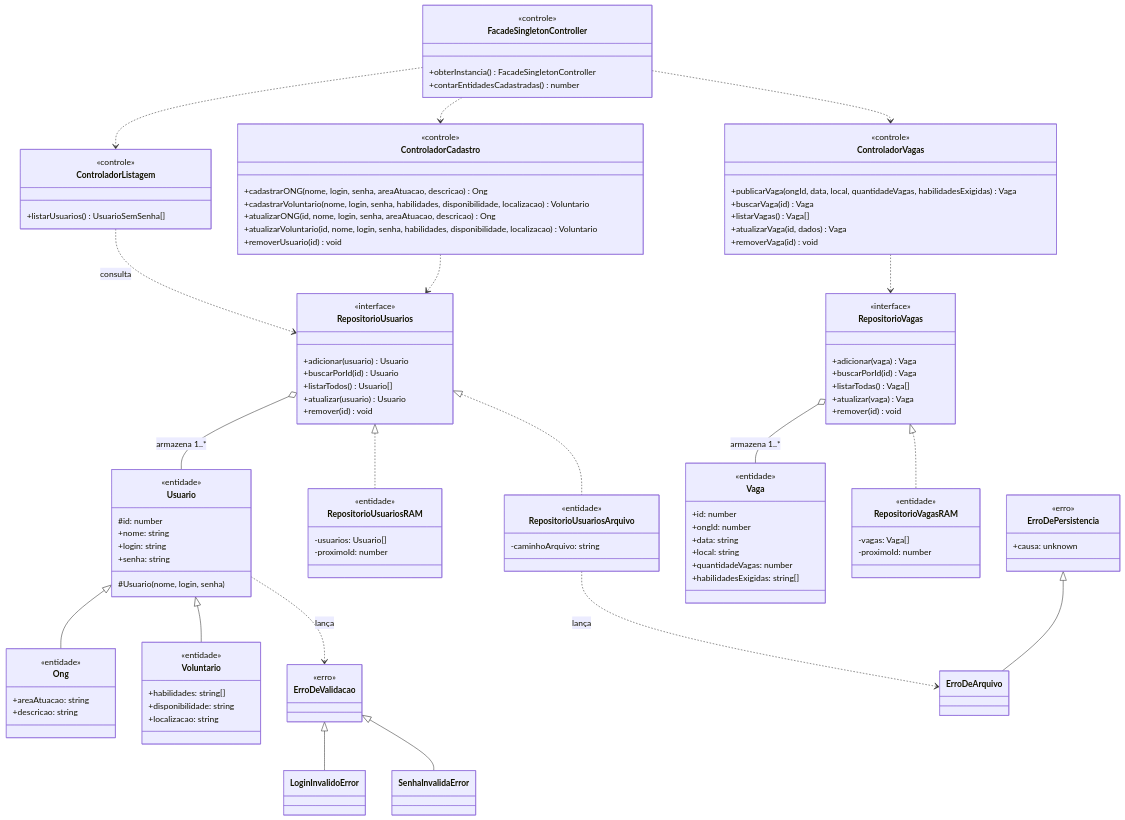
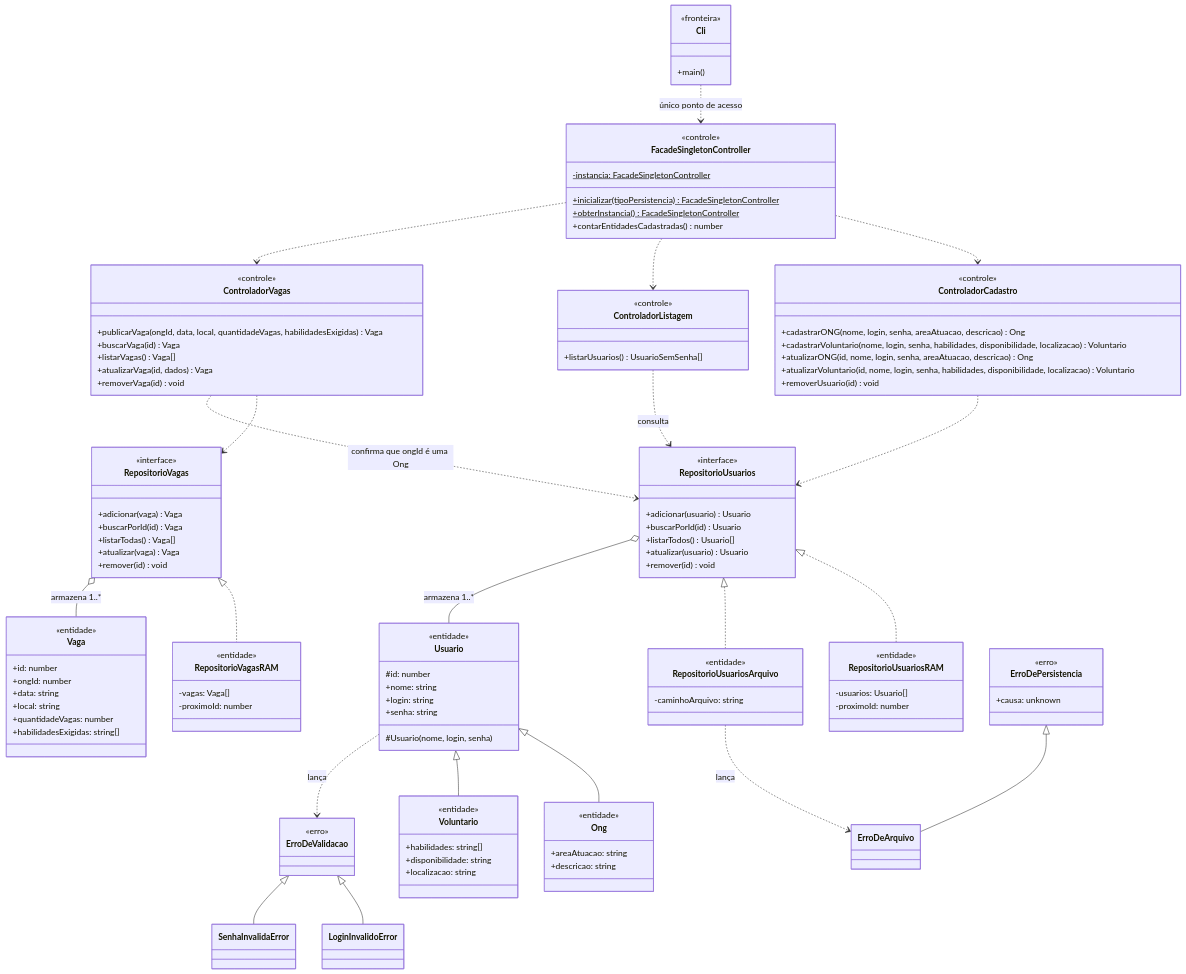
The diagram in docs/08-projeto.md (beapessoa/Ponte-mps), drawn with Mermaid before and after one commit. The commit also changed other lines of this file and 1 other file, not shown here.

Commit message:
docs(analise): incluir Vaga e a fachada nos diagramas de classes
O enunciado da Tarefa 7 pede o diagrama de classes de analise ate a Sprint 3
(CRUD de duas entidades com Facade e Singleton); o 05-analise ainda so tinha
usuarios. Atualiza tambem o diagrama de projeto com a CLI (fronteira),
inicializar() e a dependencia ControladorVagas -> RepositorioUsuarios.

```diff
--- a/docs/08-projeto.md
+++ b/docs/08-projeto.md
@@ -114,15 +115,24 @@
     ControladorCadastro ..> RepositorioUsuarios
     ControladorListagem ..> RepositorioUsuarios : consulta
     ControladorVagas ..> RepositorioVagas
+    ControladorVagas ..> RepositorioUsuarios : confirma que ongId é uma Ong
 
     class FacadeSingletonController {
         <<controle>>
-        +obterInstancia() FacadeSingletonController
+        -instancia: FacadeSingletonController$
+        +inicializar(tipoPersistencia)$ FacadeSingletonController
+        +obterInstancia()$ FacadeSingletonController
         +contarEntidadesCadastradas() number
     }
     FacadeSingletonController ..> ControladorCadastro
     FacadeSingletonController ..> ControladorListagem
     FacadeSingletonController ..> ControladorVagas
+
+    class Cli {
+        <<fronteira>>
+        +main()
+    }
+    Cli ..> FacadeSingletonController : único ponto de acesso
 
     class ErroDeValidacao {
         <<erro>>
```
